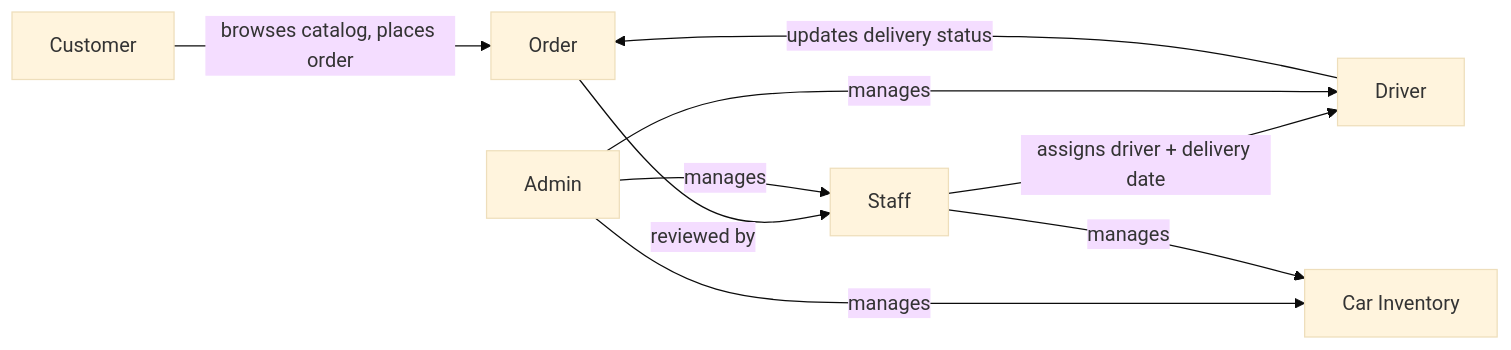
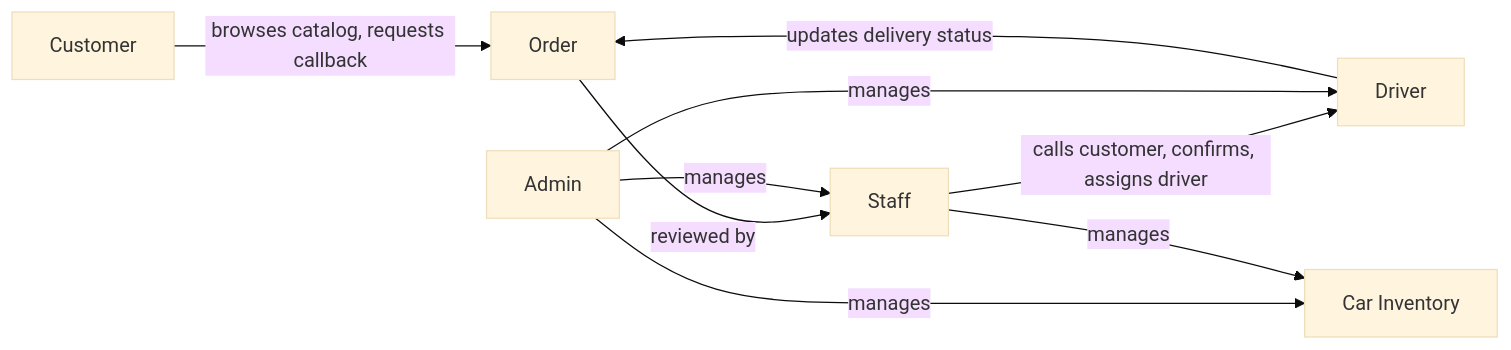
The first of 2 diagrams in README.md (rrnsz/car-dealership-management-system), drawn with Mermaid (base theme) before and after one commit. The commit also changed other lines of this file, not shown here.

````diff
--- a/README.md
+++ b/README.md
@@ -65,11 +65,11 @@
 ```mermaid
 flowchart LR
-    Customer -->|browses catalog, places order| Order
+    Customer -->|browses catalog, requests callback| Order
     Order -->|reviewed by| Staff
-    Staff -->|assigns driver + delivery date| Driver
+    Staff -->|calls customer, confirms, assigns driver| Driver
     Driver -->|updates delivery status| Order
     Admin -->|manages| Staff
     Admin -->|manages| Driver
     Admin -->|manages| Inventory[Car Inventory]
     Staff -->|manages| Inventory
 ```
````
